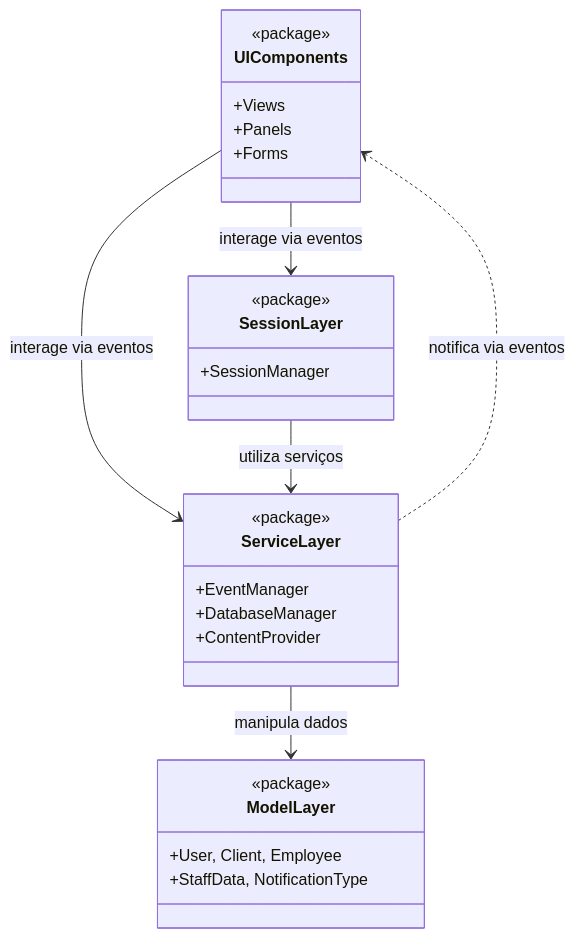
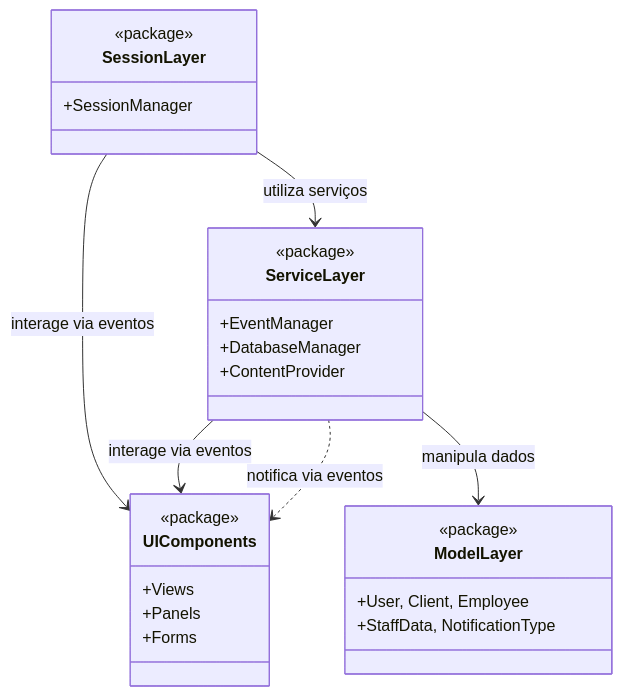
The sixth of 7 diagrams in doc/diagrama.md (jubermiranda/beautymaker), drawn with Mermaid before and after one commit.

Commit message:
Fix diagram arrow directions for UI layer interactions

````diff
--- a/doc/diagrama.md
+++ b/doc/diagrama.md
@@ -249,33 +249,33 @@
 ```mermaid
 classDiagram
     class UIComponents {
         <<package>>
         +Views
         +Panels
         +Forms
     }
     
     class SessionLayer {
         <<package>>
         +SessionManager
     }
     
     class ServiceLayer {
         <<package>>
         +EventManager
         +DatabaseManager
         +ContentProvider
     }
     
     class ModelLayer {
         <<package>>
         +User, Client, Employee
         +StaffData, NotificationType
     }
     
-    UIComponents --> SessionLayer : interage via eventos
-    UIComponents --> ServiceLayer : interage via eventos
+    SessionLayer --> UIComponents : interage via eventos
+    ServiceLayer --> UIComponents : interage via eventos
     SessionLayer --> ServiceLayer : utiliza serviços
     ServiceLayer --> ModelLayer : manipula dados
     ServiceLayer ..> UIComponents : notifica via eventos
 ```
````
